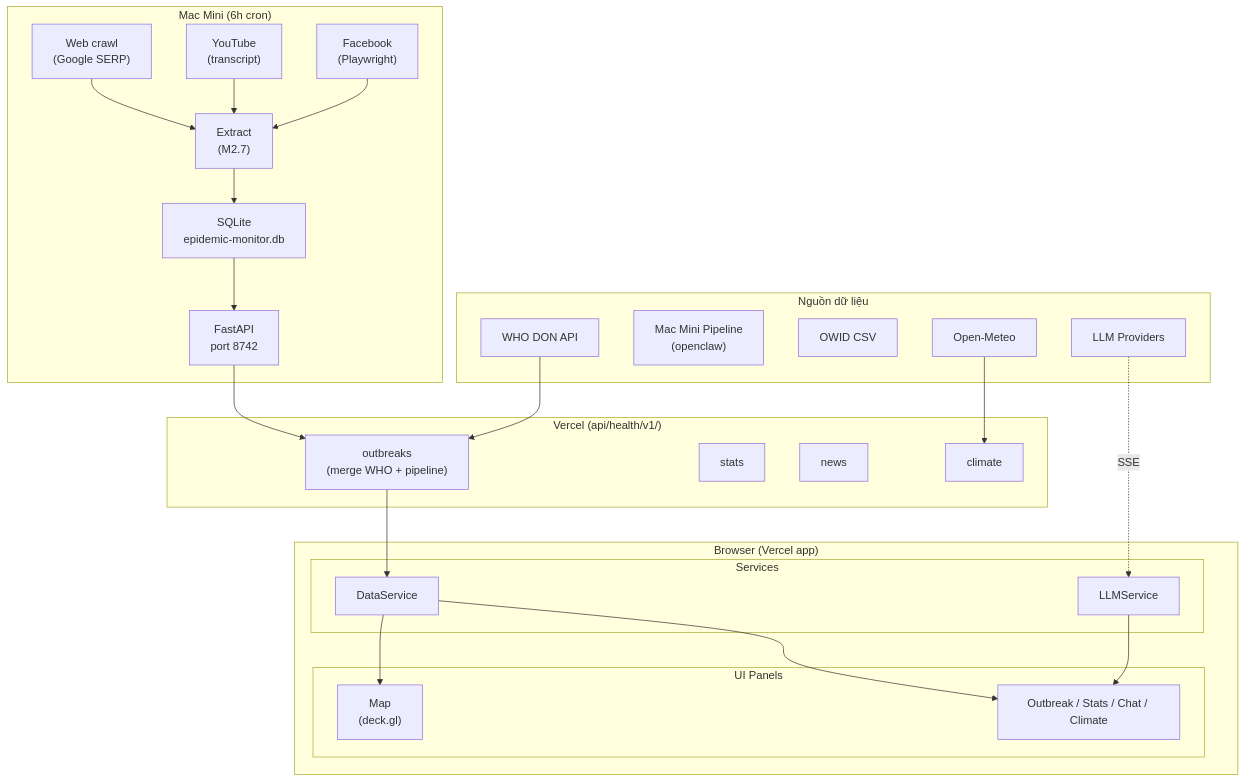
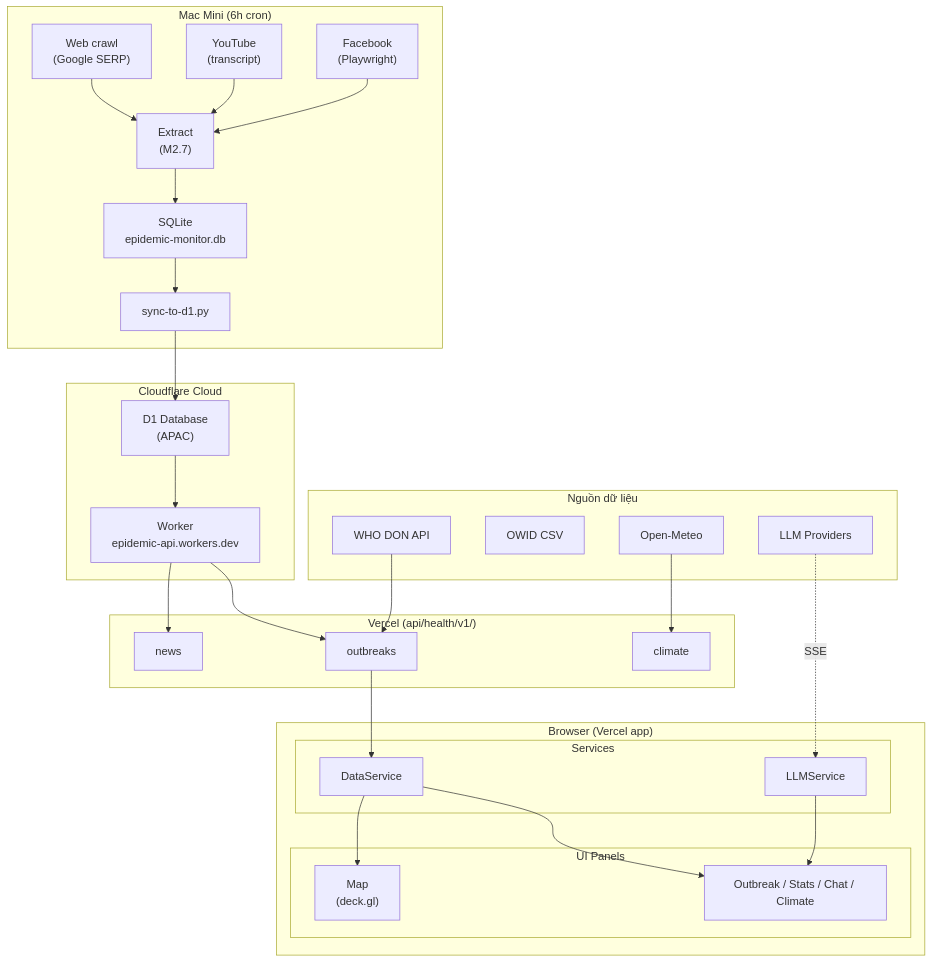
One commit to phuc-nt/my-epidemic-monitor changed the first of 5 diagrams in docs/technical/system-architecture.md. Above: the diagram before and after it, drawn with Mermaid. The commit also changed other lines of this file, not shown here.

Commit message:
docs: update system architecture to reflect Cloudflare Worker + D1 backend

````diff
--- a/docs/technical/system-architecture.md
+++ b/docs/technical/system-architecture.md
@@ -25,52 +26,57 @@
 ```mermaid
 graph TB
     subgraph External["Nguồn dữ liệu"]
         WHO["WHO DON API"]
-        MM["Mac Mini Pipeline<br/>(openclaw)"]
         OWID["OWID CSV"]
         OM["Open-Meteo"]
         LLM_P["LLM Providers"]
     end
 
     subgraph Pipeline["Mac Mini (6h cron)"]
         WEB["Web crawl<br/>(Google SERP)"]
         YT["YouTube<br/>(transcript)"]
         FB["Facebook<br/>(Playwright)"]
         EXT["Extract<br/>(M2.7)"]
         DB["SQLite<br/>epidemic-monitor.db"]
-        API["FastAPI<br/>port 8742"]
+        SYNC["sync-to-d1.py"]
+    end
+
+    subgraph Cloud["Cloudflare Cloud"]
+        D1["D1 Database<br/>(APAC)"]
+        WORKER["Worker<br/>epidemic-api.workers.dev"]
     end
 
     subgraph Edge["Vercel (api/health/v1/)"]
-        EF_OUT["outbreaks<br/>(merge WHO + pipeline)"]
-        EF_STATS["stats"]
+        EF_OUT["outbreaks"]
         EF_NEWS["news"]
         EF_CLIMATE["climate"]
     end
 
     subgraph Client["Browser (Vercel app)"]
         subgraph Services["Services"]
             DS["DataService"]
             LS["LLMService"]
         end
-
         subgraph UI["UI Panels"]
             MAP["Map<br/>(deck.gl)"]
             PANELS["Outbreak / Stats / Chat / Climate"]
         end
     end
 
     WHO --> EF_OUT
     WEB --> EXT
     YT --> EXT
     FB --> EXT
     EXT --> DB
-    DB --> API
-    API --> EF_OUT
+    DB --> SYNC
+    SYNC --> D1
+    D1 --> WORKER
+    WORKER --> EF_OUT
+    WORKER --> EF_NEWS
     EF_OUT --> DS
     OM --> EF_CLIMATE
     LLM_P -.->|SSE| LS
     DS --> PANELS
     DS --> MAP
     LS --> PANELS
 ```
````
